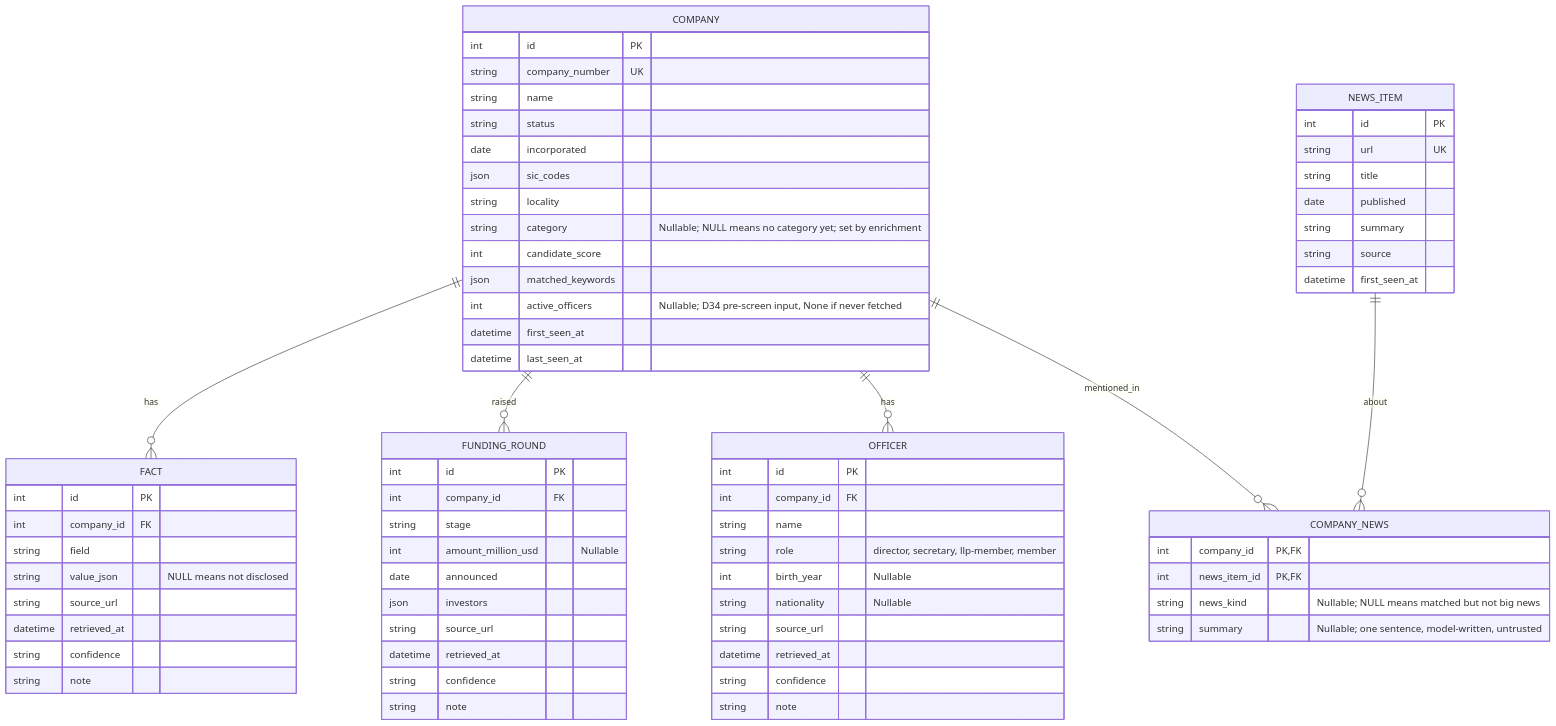
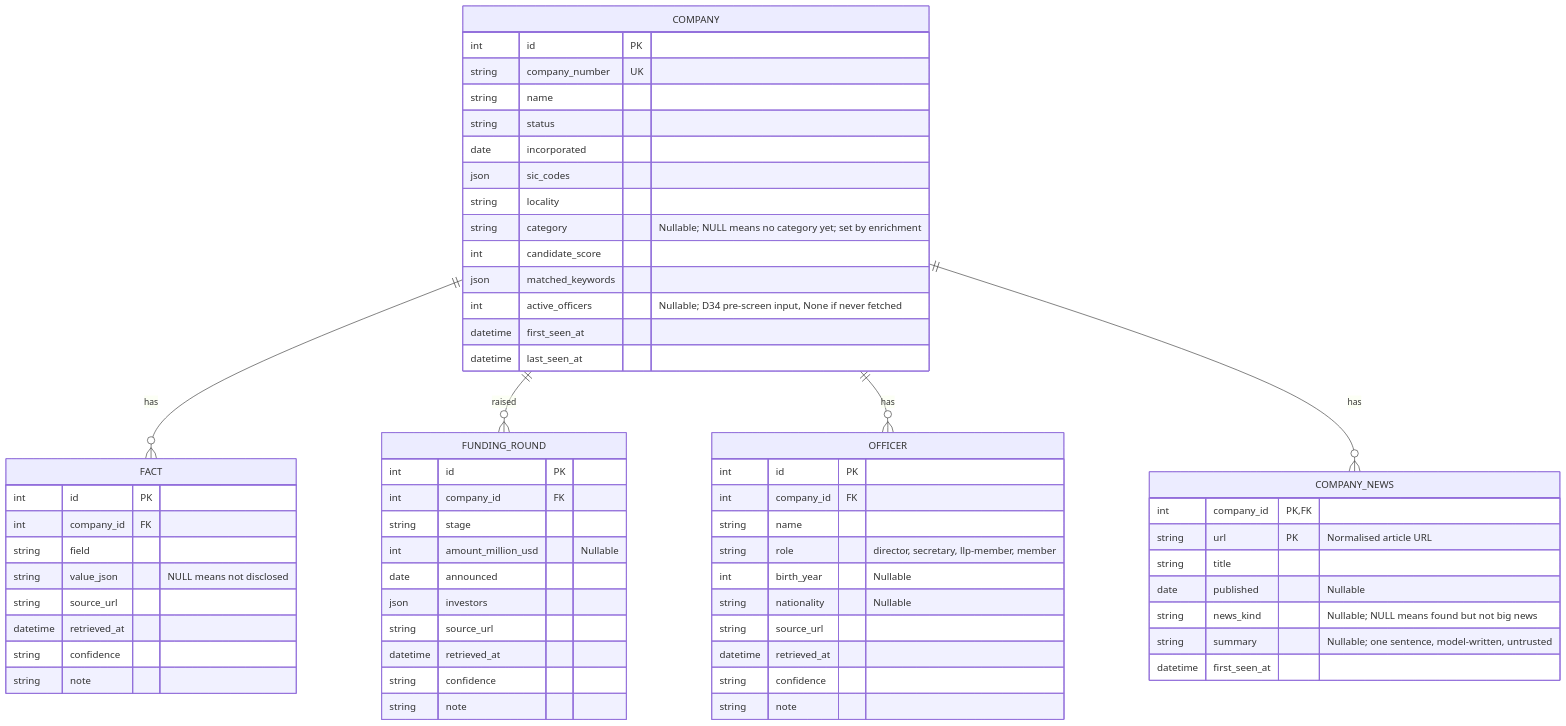
One commit to Farzaanee/sprout changed the first of 2 diagrams in docs/architecture/2. data-model.md. Above: the diagram before and after it, drawn with Mermaid. The commit also changed other lines of this file and 39 other files, not shown here.

Commit message:
remove news_item table and rss feed matching

````diff
--- a/docs/architecture/2. data-model.md
+++ b/docs/architecture/2. data-model.md
@@ -7,72 +7,65 @@
 ```mermaid
 erDiagram
     COMPANY ||--o{ FACT : has
     COMPANY ||--o{ FUNDING_ROUND : raised
     COMPANY ||--o{ OFFICER : has
-    COMPANY ||--o{ COMPANY_NEWS : mentioned_in
-    NEWS_ITEM ||--o{ COMPANY_NEWS : about
+    COMPANY ||--o{ COMPANY_NEWS : has
     COMPANY {
         int id PK
         string company_number UK
         string name
         string status
         date incorporated
         json sic_codes
         string locality
         string category "Nullable; NULL means no category yet; set by enrichment"
         int candidate_score
         json matched_keywords
         int active_officers "Nullable; D34 pre-screen input, None if never fetched"
         datetime first_seen_at
         datetime last_seen_at
     }
     FACT {
         int id PK
         int company_id FK
         string field
         string value_json "NULL means not disclosed"
         string source_url
         datetime retrieved_at
         string confidence
         string note
     }
     FUNDING_ROUND {
         int id PK
         int company_id FK
         string stage
         int amount_million_usd "Nullable"
         date announced
         json investors
         string source_url
         datetime retrieved_at
         string confidence
         string note
     }
     OFFICER {
         int id PK
         int company_id FK
         string name
         string role "director, secretary, llp-member, member"
         int birth_year "Nullable"
         string nationality "Nullable"
         string source_url
         datetime retrieved_at
         string confidence
         string note
     }
-    NEWS_ITEM {
-        int id PK
-        string url UK
+    COMPANY_NEWS {
+        int company_id PK, FK
+        string url PK "Normalised article URL"
         string title
-        date published
-        string summary
-        string source
+        date published "Nullable"
+        string news_kind "Nullable; NULL means found but not big news"
+        string summary "Nullable; one sentence, model-written, untrusted"
         datetime first_seen_at
     }
-    COMPANY_NEWS {
-        int company_id PK, FK
-        int news_item_id PK, FK
-        string news_kind "Nullable; NULL means matched but not big news"
-        string summary "Nullable; one sentence, model-written, untrusted"
-    }
 ```
````
